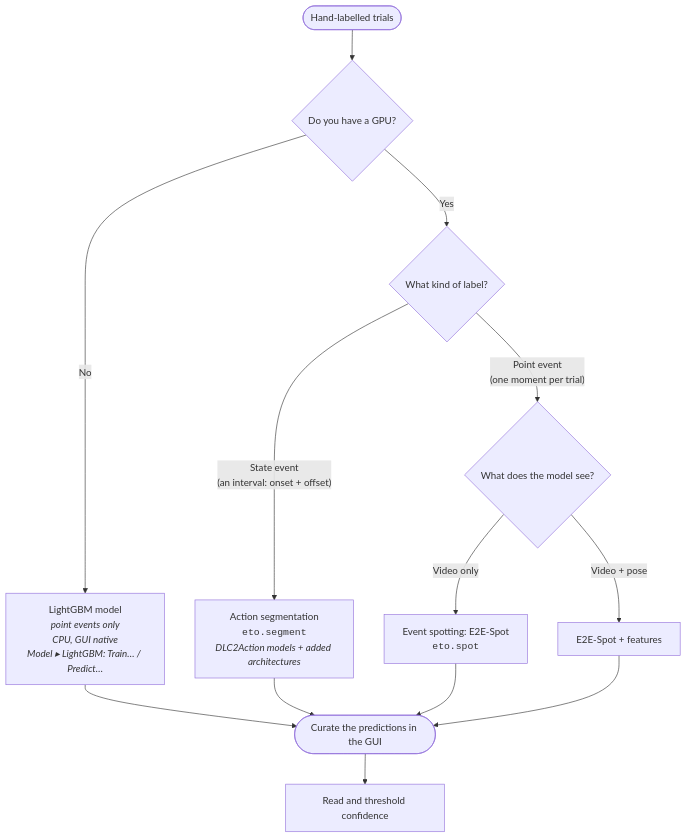
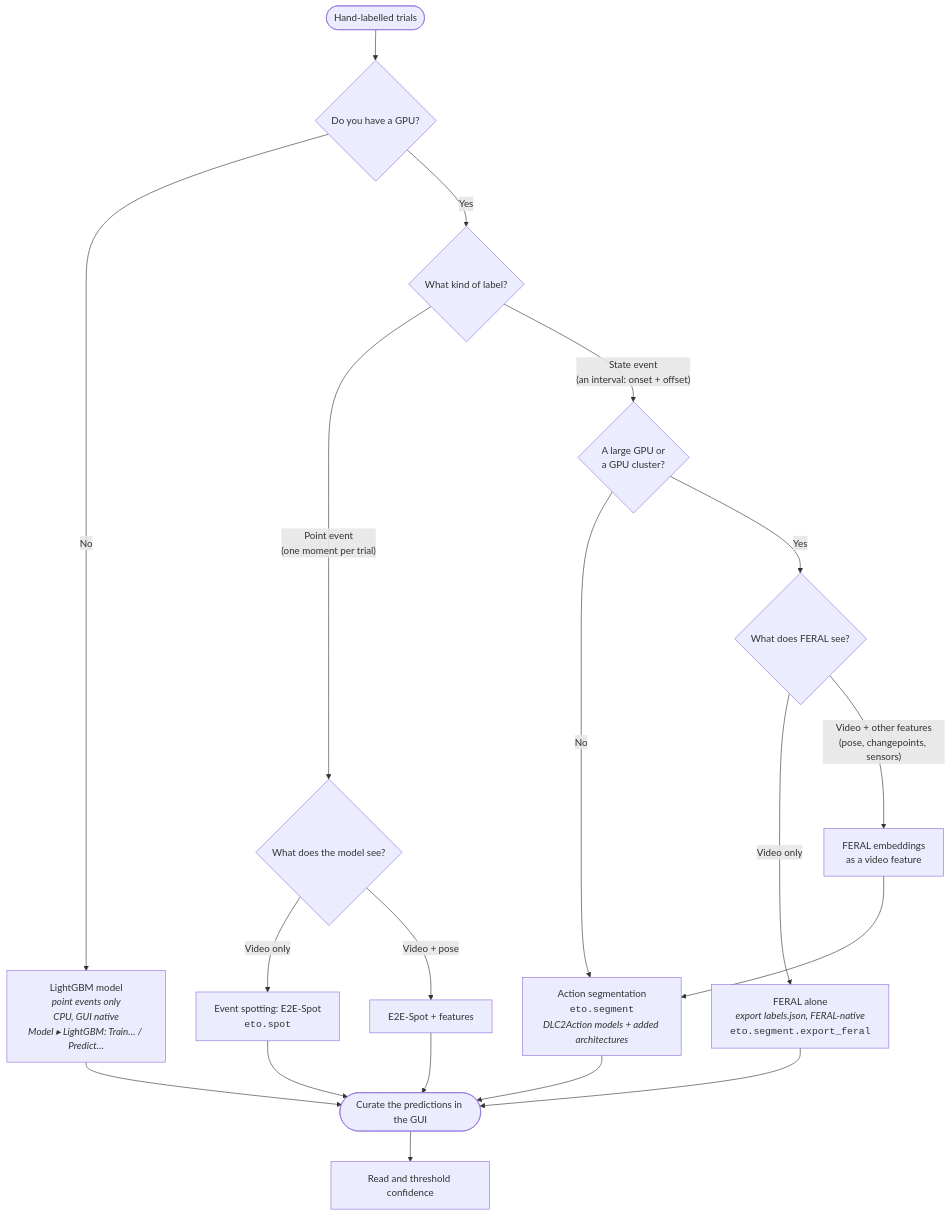
Before and after one commit to Akseli-Ilmanen/ethograph: the diagram in docs/source/models/index.md, drawn with Mermaid. The commit also changed other lines of this file and 26 other files, not shown here.

Commit message:
feature: feral integration

````diff
--- a/docs/source/models/index.md
+++ b/docs/source/models/index.md
@@ -8,26 +8,35 @@
 ```{mermaid}
 flowchart TD
     start([Hand-labelled trials]) --> gpu{Do you have a GPU?}
 
     gpu -->|No| lgbm[LightGBM model<br/><i>point events only</i><br/><i>CPU, GUI native</i><br/><i>Model ▸ LightGBM: Train… / Predict…</i>]
     gpu -->|Yes| shape{What kind of label?}
 
-    shape -->|"State event<br/>(an interval: onset + offset)"| segment[Action segmentation<br/><code>eto.segment</code><br/><i>DLC2Action models + added architectures</i>]
     shape -->|"Point event<br/>(one moment per trial)"| input{What does the model see?}
+    shape -->|"State event<br/>(an interval: onset + offset)"| big{A large GPU or<br/>a GPU cluster?}
 
     input -->|Video only| spot[Event spotting: E2E-Spot<br/><code>eto.spot</code>]
     input -->|Video + pose| spotfeat[E2E-Spot + features]
+
+    big -->|No| segment[Action segmentation<br/><code>eto.segment</code><br/><i>DLC2Action models + added architectures</i>]
+    big -->|Yes| sees{What does FERAL see?}
+    sees -->|Video only| feral[FERAL alone<br/><i>export labels.json, FERAL-native</i><br/><code>eto.segment.export_feral</code>]
+    sees -->|"Video + other features<br/>(pose, changepoints, sensors)"| feralseg[FERAL embeddings<br/>as a video feature]
+    feralseg --> segment
 
     segment --> curate
     lgbm --> curate
     spot --> curate
     spotfeat --> curate
+    feral --> curate
     curate([Curate the predictions in the GUI]) --> conf[Read and threshold confidence]
 
     click segment "segment/index.html"
     click lgbm "onset_model.html"
     click spot "spot/index.html"
     click spotfeat "spot/multimodal.html"
+    click feral "segment/feral.html"
+    click feralseg "segment/feral.html"
     click curate "curation.html"
     click conf "confidence.html"
 ```
````
